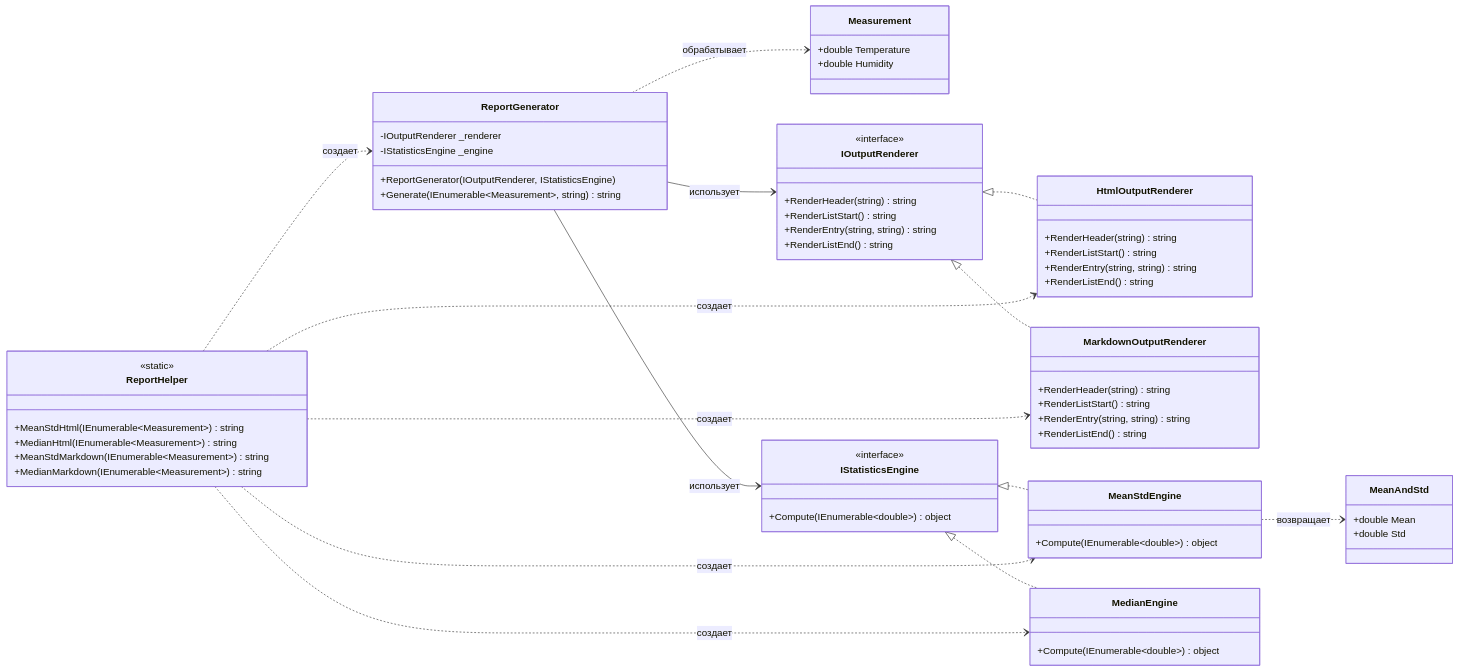
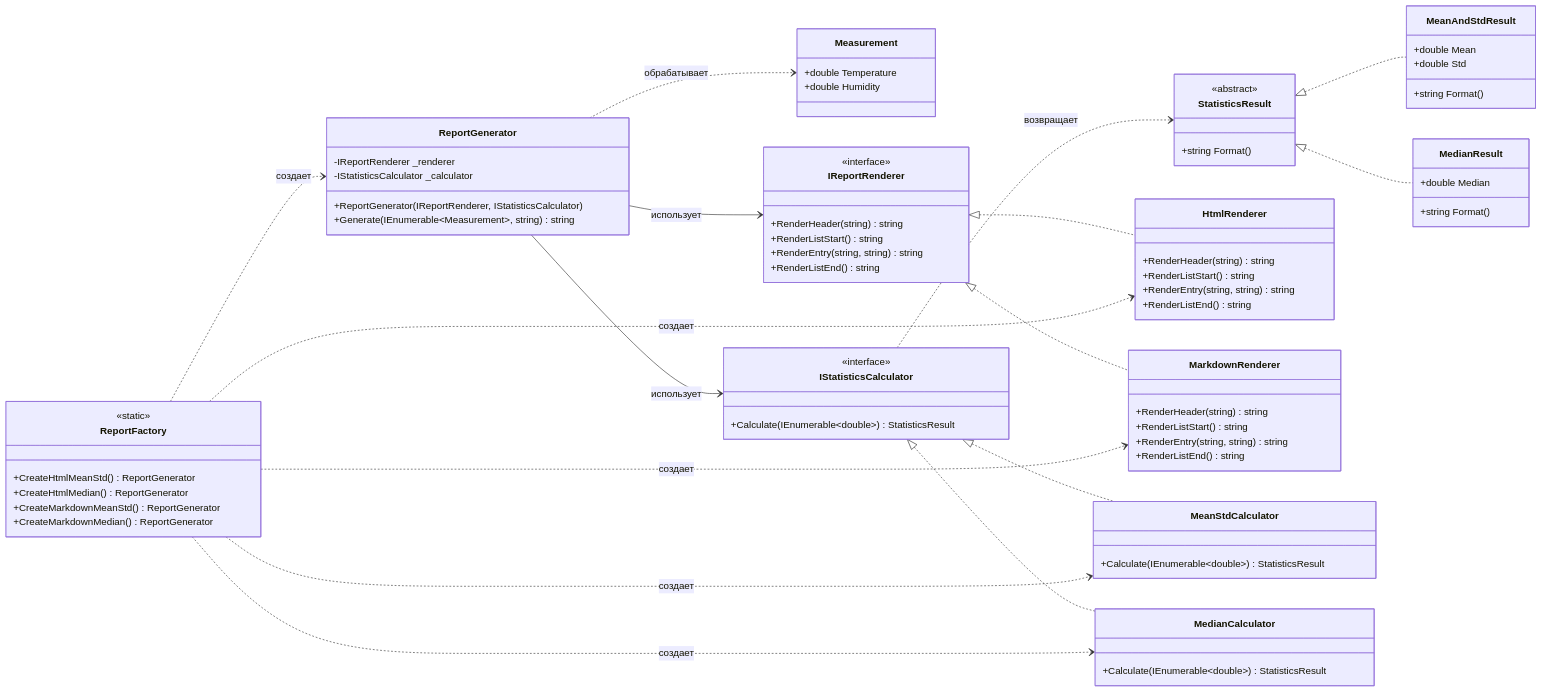
The diagram in report_generator.md (mxllyy999/ulearnpractice1), drawn with Mermaid before and after one commit. The commit also changed other lines of this file, not shown here.

````diff
--- a/report_generator.md
+++ b/report_generator.md
@@ -35,17 +39,28 @@
         +double Humidity
     }
 
-    class MeanAndStd {
+    class StatisticsResult {
+        <<abstract>>
+        +string Format()
+    }
+
+    class MeanAndStdResult {
         +double Mean
         +double Std
+        +string Format()
     }
 
-    class IStatisticsEngine {
-        <<interface>>
-        +Compute(IEnumerable~double~) object
+    class MedianResult {
+        +double Median
+        +string Format()
     }
 
-    class IOutputRenderer {
+    class IStatisticsCalculator {
+        <<interface>>
+        +Calculate(IEnumerable~double~) StatisticsResult
+    }
+
+    class IReportRenderer {
         <<interface>>
         +RenderHeader(string) string
         +RenderListStart() string
@@ -53,57 +68,59 @@
         +RenderListEnd() string
     }
 
-    class HtmlOutputRenderer {
+    class HtmlRenderer {
         +RenderHeader(string) string
         +RenderListStart() string
         +RenderEntry(string, string) string
         +RenderListEnd() string
     }
 
-    class MarkdownOutputRenderer {
+    class MarkdownRenderer {
         +RenderHeader(string) string
         +RenderListStart() string
         +RenderEntry(string, string) string
         +RenderListEnd() string
     }
 
-    class MeanStdEngine {
-        +Compute(IEnumerable~double~) object
+    class MeanStdCalculator {
+        +Calculate(IEnumerable~double~) StatisticsResult
     }
 
-    class MedianEngine {
-        +Compute(IEnumerable~double~) object
+    class MedianCalculator {
+        +Calculate(IEnumerable~double~) StatisticsResult
     }
 
     class ReportGenerator {
-        -IOutputRenderer _renderer
-        -IStatisticsEngine _engine
-        +ReportGenerator(IOutputRenderer, IStatisticsEngine)
+        -IReportRenderer _renderer
+        -IStatisticsCalculator _calculator
+        +ReportGenerator(IReportRenderer, IStatisticsCalculator)
         +Generate(IEnumerable~Measurement~, string) string
     }
 
-    class ReportHelper {
+    class ReportFactory {
         <<static>>
-        +MeanStdHtml(IEnumerable~Measurement~) string
-        +MedianHtml(IEnumerable~Measurement~) string
-        +MeanStdMarkdown(IEnumerable~Measurement~) string
-        +MedianMarkdown(IEnumerable~Measurement~) string
+        +CreateHtmlMeanStd() ReportGenerator
+        +CreateHtmlMedian() ReportGenerator
+        +CreateMarkdownMeanStd() ReportGenerator
+        +CreateMarkdownMedian() ReportGenerator
     }
 
-    IOutputRenderer <|.. HtmlOutputRenderer
-    IOutputRenderer <|.. MarkdownOutputRenderer
-    IStatisticsEngine <|.. MeanStdEngine
-    IStatisticsEngine <|.. MedianEngine
+    IReportRenderer <|.. HtmlRenderer
+    IReportRenderer <|.. MarkdownRenderer
+    IStatisticsCalculator <|.. MeanStdCalculator
+    IStatisticsCalculator <|.. MedianCalculator
+    StatisticsResult <|.. MeanAndStdResult
+    StatisticsResult <|.. MedianResult
+
+    ReportGenerator --> IReportRenderer : использует
+    ReportGenerator --> IStatisticsCalculator : использует
+    ReportGenerator ..> Measurement : обрабатывает
+
+    IStatisticsCalculator ..> StatisticsResult : возвращает
     
-    ReportGenerator --> IOutputRenderer : использует
-    ReportGenerator --> IStatisticsEngine : использует
-    ReportGenerator ..> Measurement : обрабатывает
-    
-    MeanStdEngine ..> MeanAndStd : возвращает
-    
-    ReportHelper ..> ReportGenerator : создает
-    ReportHelper ..> HtmlOutputRenderer : создает
-    ReportHelper ..> MarkdownOutputRenderer : создает
-    ReportHelper ..> MeanStdEngine : создает
-    ReportHelper ..> MedianEngine : создает
+    ReportFactory ..> ReportGenerator : создает
+    ReportFactory ..> HtmlRenderer : создает
+    ReportFactory ..> MarkdownRenderer : создает
+    ReportFactory ..> MeanStdCalculator : создает
+    ReportFactory ..> MedianCalculator : создает
 ```
````
